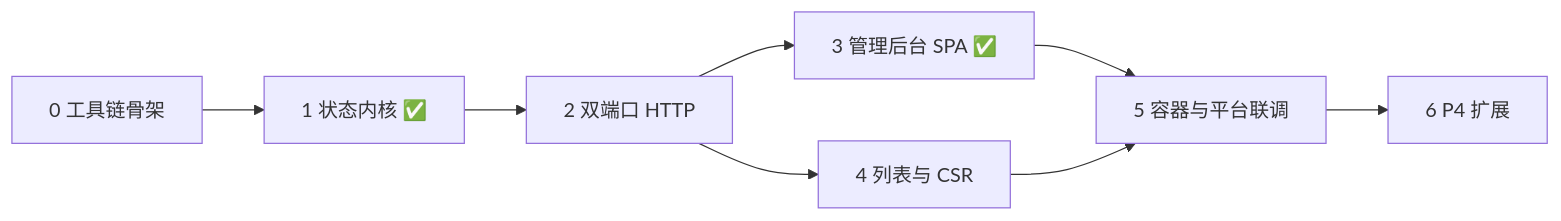
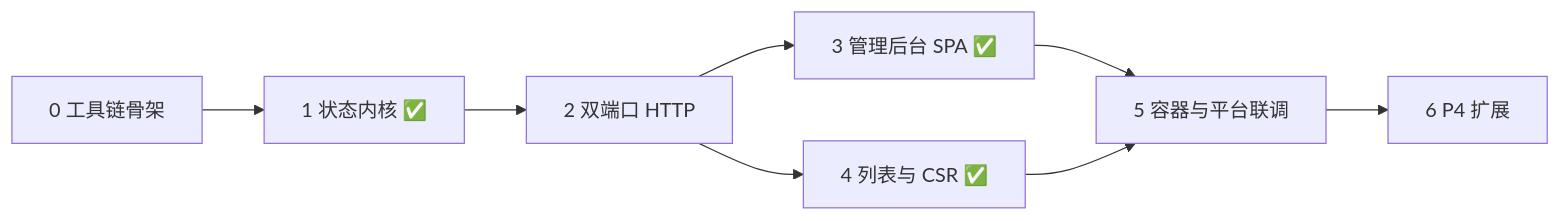
One commit to webmonitor/mocksite changed the diagram in plan/README.md. Above: the diagram before and after it, drawn with Mermaid. The commit also changed other lines of this file and 20 other files, not shown here.

````diff
--- a/plan/README.md
+++ b/plan/README.md
@@ -11,10 +11,10 @@
 ```mermaid
 graph LR
   S0[0 工具链骨架] --> S1[1 状态内核 ✅]
   S1 --> S2[2 双端口 HTTP]
   S2 --> S3[3 管理后台 SPA ✅]
-  S2 --> S4[4 列表与 CSR]
+  S2 --> S4[4 列表与 CSR ✅]
   S3 --> S5[5 容器与平台联调]
   S4 --> S5
   S5 --> S6[6 P4 扩展]
 ```
````
